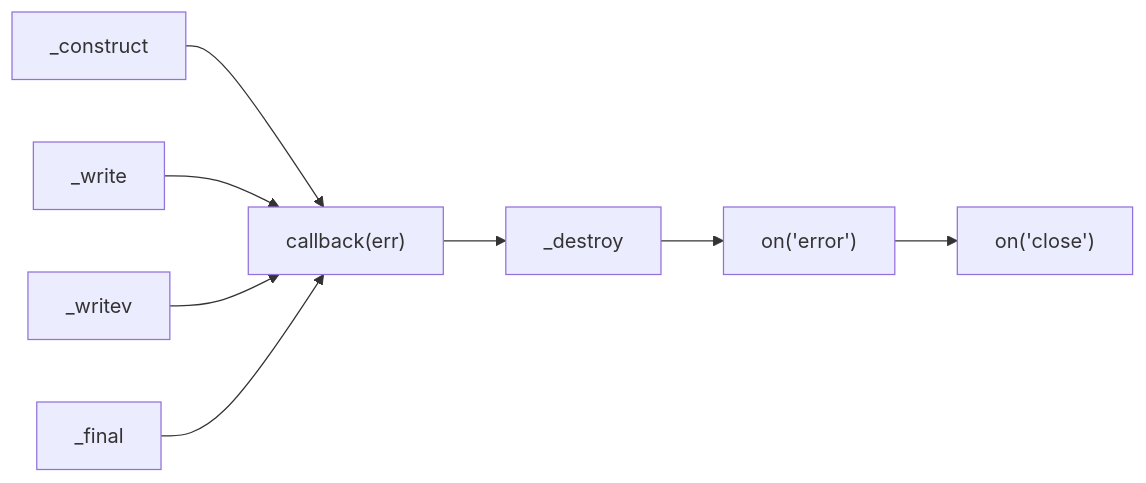
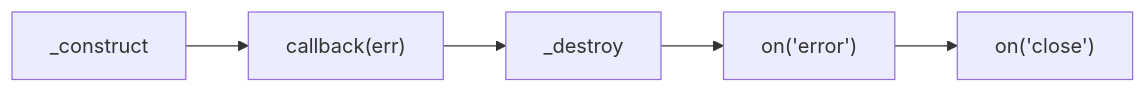
One commit to samuel871211/yusheng-tech-blog changed the fourth of 5 diagrams in docs/nodejs/stream-writable.md. Above: the diagram before and after it, drawn with Mermaid. The commit also changed other lines of this file, not shown here.

````diff
--- a/docs/nodejs/stream-writable.md
+++ b/docs/nodejs/stream-writable.md
@@ -442,10 +507,7 @@
 ```mermaid
 flowchart LR
     A[_construct] --> E["callback(err)"]
-    B[_write] --> E
-    C[_writev] --> E
-    D[_final] --> E
     E --> F[_destroy]
     F --> G["on('error')"]
     G --> H["on('close')"]
 ```
````
